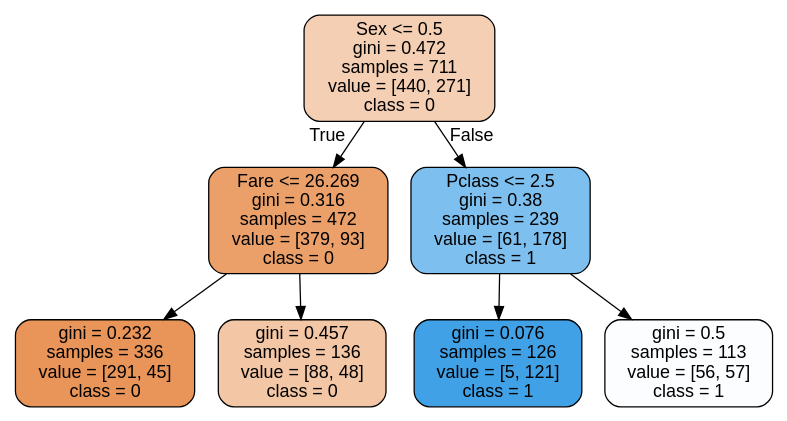
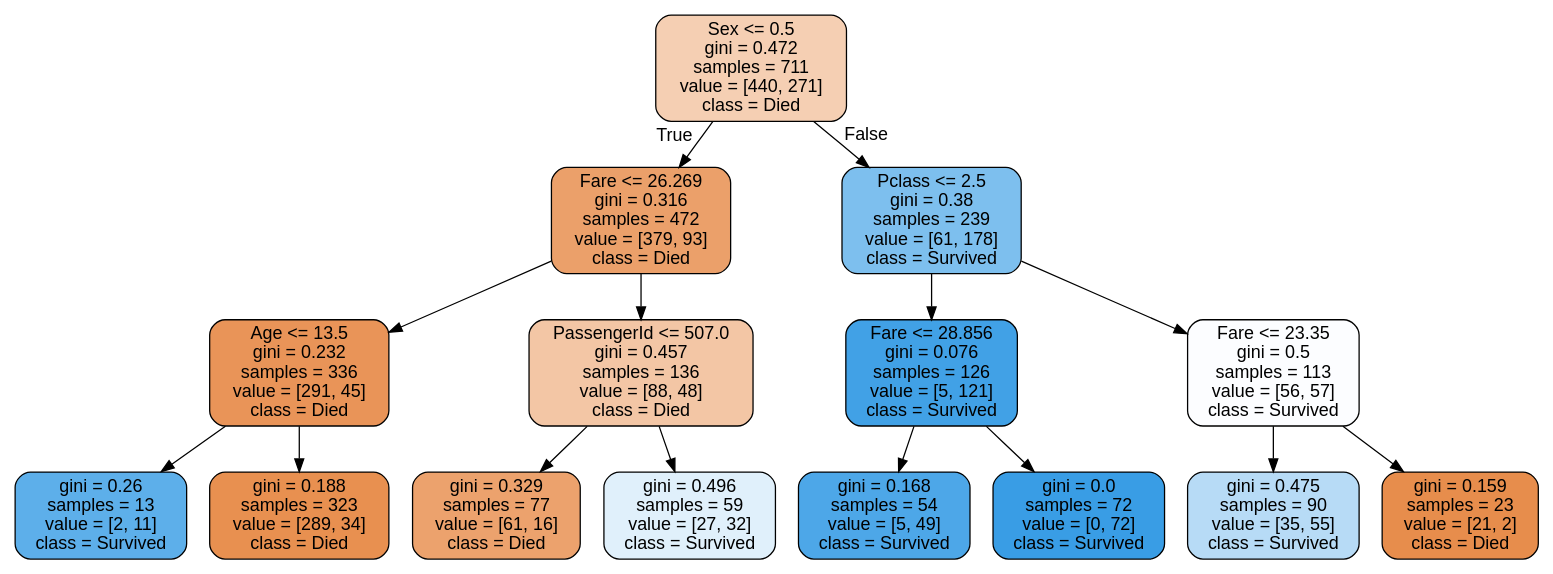
Before and after one commit to JulieHirt/Titanic: the diagram in titanic_tree.dot, drawn with Graphviz. The commit also changed 3 other files, not shown here.

```diff
--- a/titanic_tree.dot
+++ b/titanic_tree.dot
@@ -1,17 +1,33 @@
 digraph Tree {
 node [shape=box, style="filled, rounded", color="black", fontname=helvetica] ;
 edge [fontname=helvetica] ;
-0 [label="Sex <= 0.5\ngini = 0.472\nsamples = 711\nvalue = [440, 271]\nclass = 0", fillcolor="#f5cfb3"] ;
-1 [label="Fare <= 26.269\ngini = 0.316\nsamples = 472\nvalue = [379, 93]\nclass = 0", fillcolor="#eba06a"] ;
+0 [label="Sex <= 0.5\ngini = 0.472\nsamples = 711\nvalue = [440, 271]\nclass = Died", fillcolor="#f5cfb3"] ;
+1 [label="Fare <= 26.269\ngini = 0.316\nsamples = 472\nvalue = [379, 93]\nclass = Died", fillcolor="#eba06a"] ;
 0 -> 1 [labeldistance=2.5, labelangle=45, headlabel="True"] ;
-2 [label="gini = 0.232\nsamples = 336\nvalue = [291, 45]\nclass = 0", fillcolor="#e99458"] ;
+2 [label="Age <= 13.5\ngini = 0.232\nsamples = 336\nvalue = [291, 45]\nclass = Died", fillcolor="#e99458"] ;
 1 -> 2 ;
-3 [label="gini = 0.457\nsamples = 136\nvalue = [88, 48]\nclass = 0", fillcolor="#f3c6a5"] ;
-1 -> 3 ;
-4 [label="Pclass <= 2.5\ngini = 0.38\nsamples = 239\nvalue = [61, 178]\nclass = 1", fillcolor="#7dbfee"] ;
-0 -> 4 [labeldistance=2.5, labelangle=-45, headlabel="False"] ;
-5 [label="gini = 0.076\nsamples = 126\nvalue = [5, 121]\nclass = 1", fillcolor="#41a1e6"] ;
-4 -> 5 ;
-6 [label="gini = 0.5\nsamples = 113\nvalue = [56, 57]\nclass = 1", fillcolor="#fcfdff"] ;
-4 -> 6 ;
+3 [label="gini = 0.26\nsamples = 13\nvalue = [2, 11]\nclass = Survived", fillcolor="#5dafea"] ;
+2 -> 3 ;
+4 [label="gini = 0.188\nsamples = 323\nvalue = [289, 34]\nclass = Died", fillcolor="#e89050"] ;
+2 -> 4 ;
+5 [label="PassengerId <= 507.0\ngini = 0.457\nsamples = 136\nvalue = [88, 48]\nclass = Died", fillcolor="#f3c6a5"] ;
+1 -> 5 ;
+6 [label="gini = 0.329\nsamples = 77\nvalue = [61, 16]\nclass = Died", fillcolor="#eca26d"] ;
+5 -> 6 ;
+7 [label="gini = 0.496\nsamples = 59\nvalue = [27, 32]\nclass = Survived", fillcolor="#e0f0fb"] ;
+5 -> 7 ;
+8 [label="Pclass <= 2.5\ngini = 0.38\nsamples = 239\nvalue = [61, 178]\nclass = Survived", fillcolor="#7dbfee"] ;
+0 -> 8 [labeldistance=2.5, labelangle=-45, headlabel="False"] ;
+9 [label="Fare <= 28.856\ngini = 0.076\nsamples = 126\nvalue = [5, 121]\nclass = Survived", fillcolor="#41a1e6"] ;
+8 -> 9 ;
+10 [label="gini = 0.168\nsamples = 54\nvalue = [5, 49]\nclass = Survived", fillcolor="#4da7e8"] ;
+9 -> 10 ;
+11 [label="gini = 0.0\nsamples = 72\nvalue = [0, 72]\nclass = Survived", fillcolor="#399de5"] ;
+9 -> 11 ;
+12 [label="Fare <= 23.35\ngini = 0.5\nsamples = 113\nvalue = [56, 57]\nclass = Survived", fillcolor="#fcfdff"] ;
+8 -> 12 ;
+13 [label="gini = 0.475\nsamples = 90\nvalue = [35, 55]\nclass = Survived", fillcolor="#b7dbf6"] ;
+12 -> 13 ;
+14 [label="gini = 0.159\nsamples = 23\nvalue = [21, 2]\nclass = Died", fillcolor="#e78d4c"] ;
+12 -> 14 ;
 }
```
